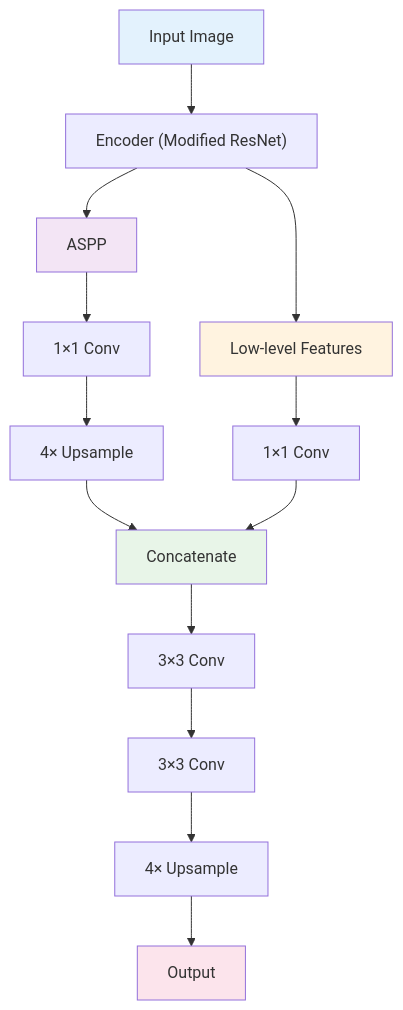
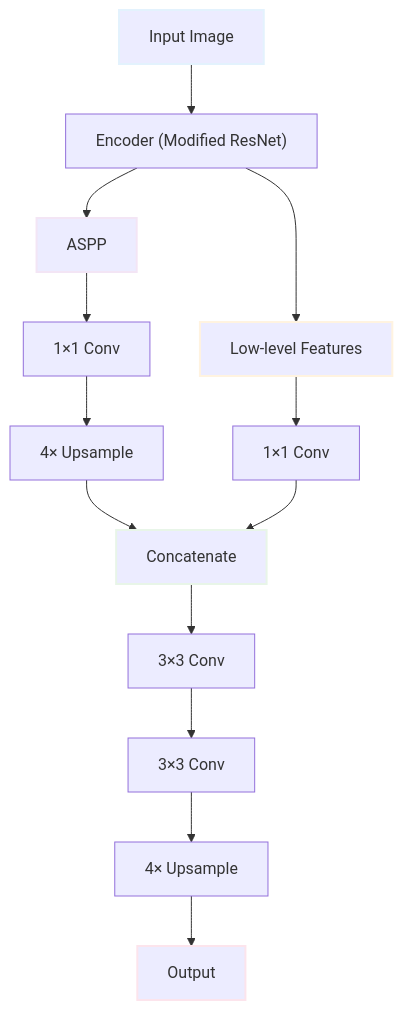
One commit to c0z0c/sprint_mission changed the fourth of 4 diagrams in 스터디/IS_08_deeplab_series.md. Above: the diagram before and after it, drawn with Mermaid. The commit also changed other lines of this file and 14 other files, not shown here.

````diff
--- a/스터디/IS_08_deeplab_series.md
+++ b/스터디/IS_08_deeplab_series.md
@@ -377,21 +377,21 @@
 ```mermaid
 graph TB
     A["Input Image"] --> B["Encoder (Modified ResNet)"]
     B --> C["ASPP"]
     B --> D["Low-level Features"]
     C --> E["1×1 Conv"]
     E --> F["4× Upsample"]
     D --> G["1×1 Conv"]
     F --> H["Concatenate"]
     G --> H
     H --> I["3×3 Conv"]
     I --> J["3×3 Conv"]  
     J --> K["4× Upsample"]
     K --> L["Output"]
     
-    style A fill:#e3f2fd
-    style C fill:#f3e5f5
-    style D fill:#fff3e0
-    style H fill:#e8f5e8
-    style L fill:#fce4ec
+    style A stroke-width:2px,stroke:#e3f2fd
+    style C stroke-width:2px,stroke:#f3e5f5
+    style D stroke-width:2px,stroke:#fff3e0
+    style H stroke-width:2px,stroke:#e8f5e8
+    style L stroke-width:2px,stroke:#fce4ec
 ```
````
